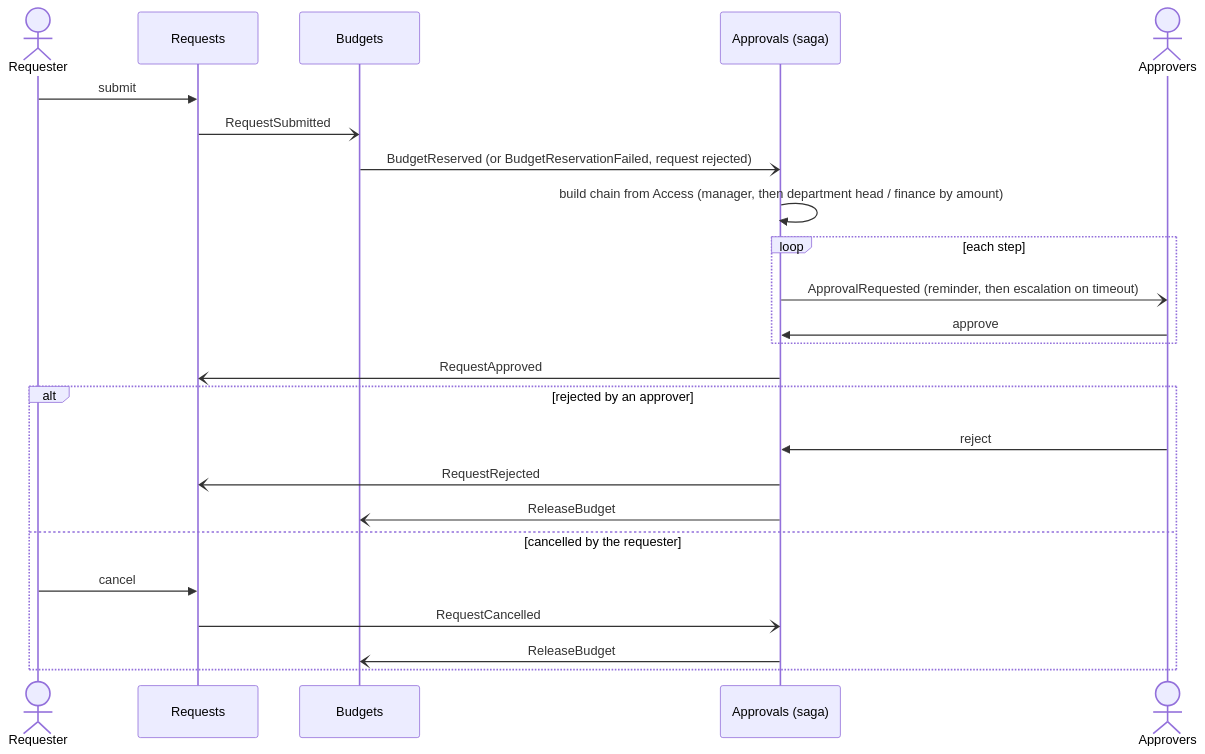
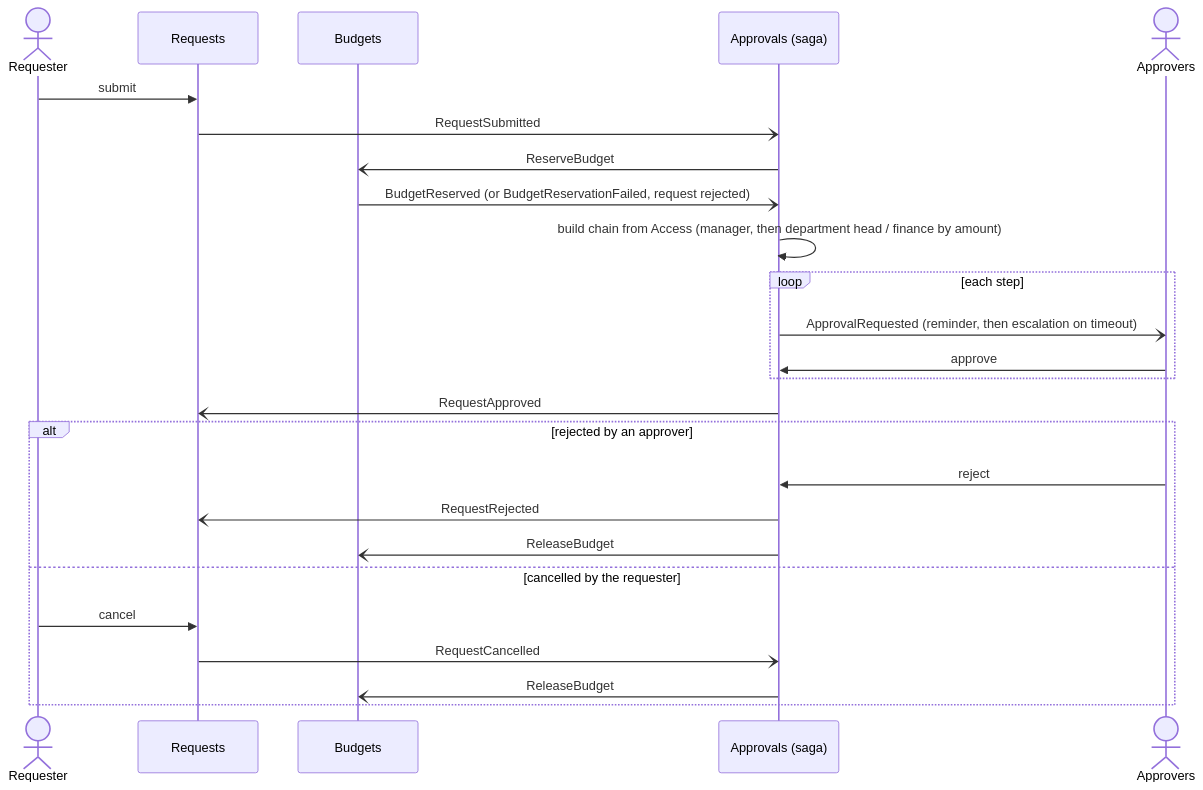
Before and after one commit to modefan/procure-ai: the second of 2 diagrams in README.md, drawn with Mermaid. The commit also changed other lines of this file and 1 other file, not shown here.

Commit message:
docs: approval flow starts at the Approvals saga; polling retries connection errors

````diff
--- a/README.md
+++ b/README.md
@@ -45,26 +45,27 @@
 ```mermaid
 sequenceDiagram
     actor Tom as Requester
     participant R as Requests
     participant B as Budgets
     participant A as Approvals (saga)
     actor M as Approvers
     Tom->>R: submit
-    R-)B: RequestSubmitted
+    R-)A: RequestSubmitted
+    A-)B: ReserveBudget
     B-)A: BudgetReserved (or BudgetReservationFailed, request rejected)
     A->>A: build chain from Access (manager, then department head / finance by amount)
     loop each step
         A-)M: ApprovalRequested (reminder, then escalation on timeout)
         M->>A: approve
     end
     A-)R: RequestApproved
     alt rejected by an approver
         M->>A: reject
         A-)R: RequestRejected
         A-)B: ReleaseBudget
     else cancelled by the requester
         Tom->>R: cancel
         R-)A: RequestCancelled
         A-)B: ReleaseBudget
     end
 ```
````
